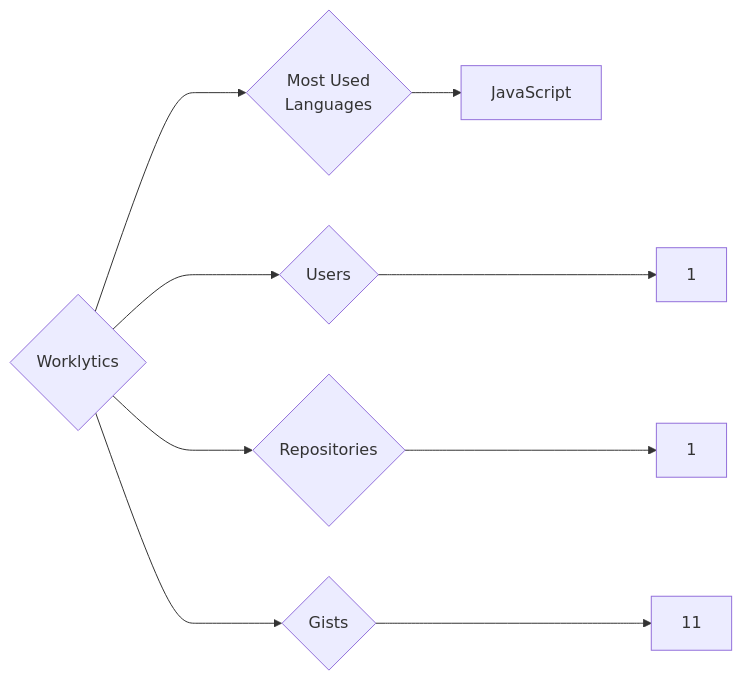
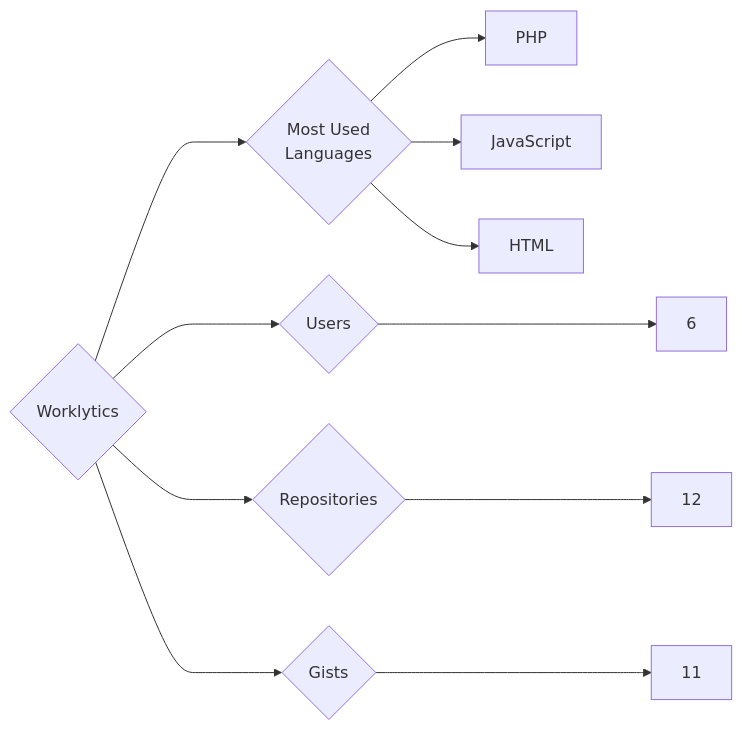
Before and after one commit to trickest/insiders: the diagram in targets/Worklytics/README.md, drawn with Mermaid. The commit also changed 1389 other files, not shown here.

````diff
--- a/targets/Worklytics/README.md
+++ b/targets/Worklytics/README.md
@@ -3,9 +3,11 @@
 ```mermaid
 graph LR
 COMPANY_NAME{Worklytics}
-COMPANY_NAME ---> U{Users} ---> UN[1]
-COMPANY_NAME ---> R{Repositories} ---> RN[1]
+COMPANY_NAME ---> U{Users} ---> UN[6]
+COMPANY_NAME ---> R{Repositories} ---> RN[12]
 COMPANY_NAME ---> G{Gists} ---> GN[11]
 COMPANY_NAME ---> ML{Most Used<br>Languages}
+ML --> PHP[PHP]
 ML --> JavaScript[JavaScript]
+ML --> HTML[HTML]
 ```
````
